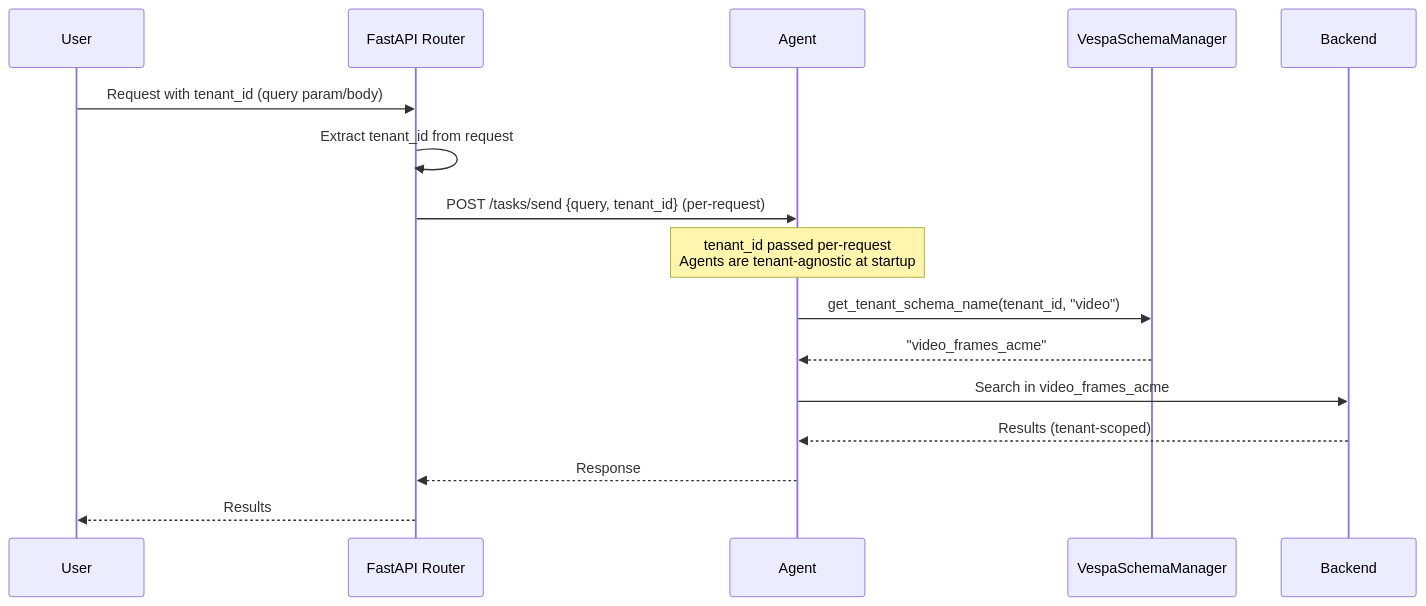
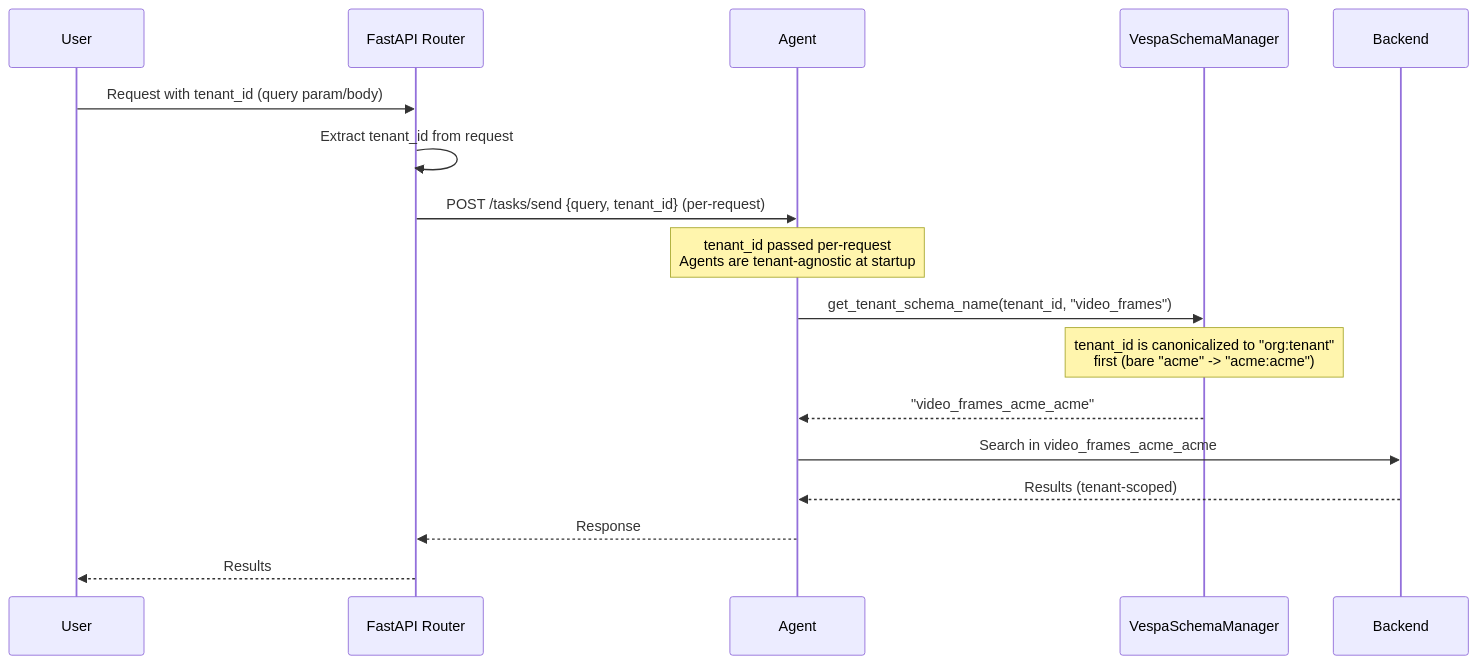
One commit to amit-jain/cogniverse changed the third of 6 diagrams in docs/architecture/overview.md. Above: the diagram before and after it, drawn with Mermaid. The commit also changed 8 other files, not shown here.

First line of the commit message:
Correct tenant, model name, and env var references in docs

````diff
--- a/docs/architecture/overview.md
+++ b/docs/architecture/overview.md
@@ -319,23 +319,24 @@
 ```mermaid
 sequenceDiagram
     participant User
     participant FastAPI as FastAPI Router
     participant Agent
     participant SchemaManager as VespaSchemaManager
     participant Backend
 
     User->>FastAPI: Request with tenant_id (query param/body)
 
     FastAPI->>FastAPI: Extract tenant_id from request
     FastAPI->>Agent: POST /tasks/send {query, tenant_id} (per-request)
 
     Note over Agent: tenant_id passed per-request<br/>Agents are tenant-agnostic at startup
 
-    Agent->>SchemaManager: get_tenant_schema_name(tenant_id, "video")
-    SchemaManager-->>Agent: "video_frames_acme"
+    Agent->>SchemaManager: get_tenant_schema_name(tenant_id, "video_frames")
+    Note over SchemaManager: tenant_id is canonicalized to "org:tenant"<br/>first (bare "acme" -> "acme:acme")
+    SchemaManager-->>Agent: "video_frames_acme_acme"
 
-    Agent->>Backend: Search in video_frames_acme
+    Agent->>Backend: Search in video_frames_acme_acme
     Backend-->>Agent: Results (tenant-scoped)
     Agent-->>FastAPI: Response
     FastAPI-->>User: Results
 ```
````
